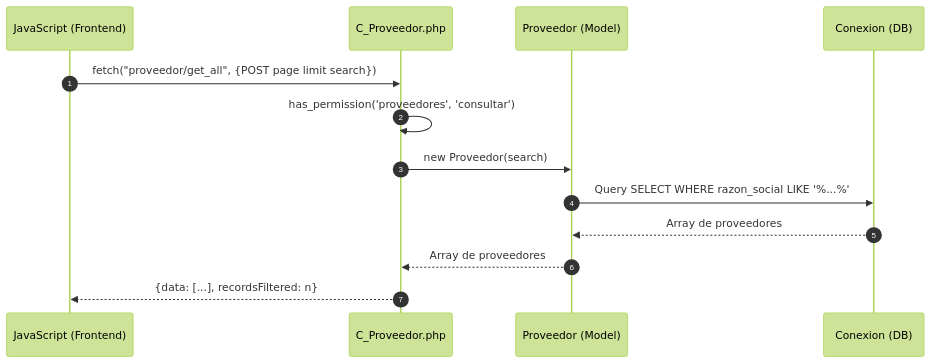
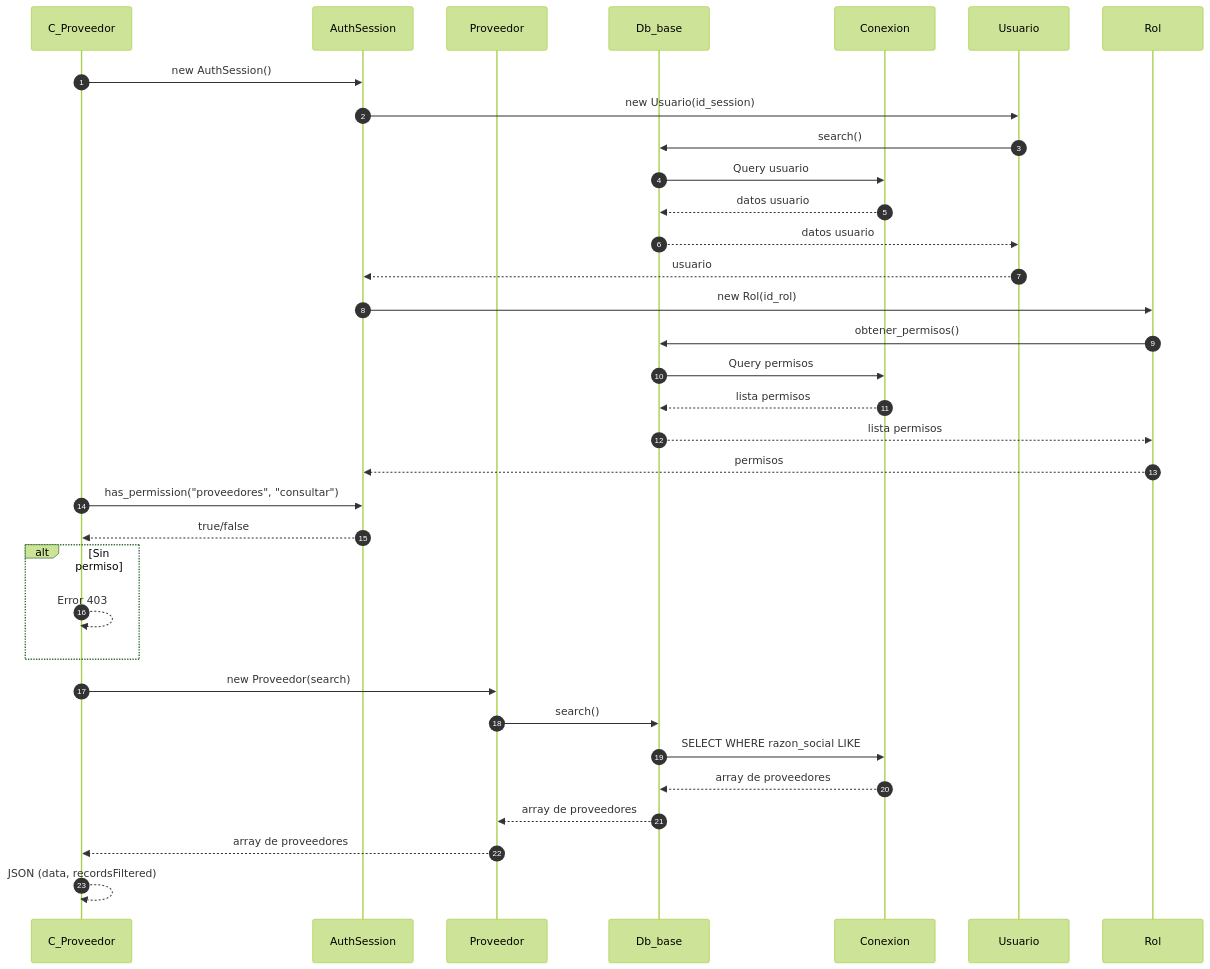
Before and after one commit to Tecrato/BurgerHouse: the second of 4 diagrams in docs/secuencia/proveedores/proveedores.md, drawn with Mermaid (forest theme). The commit also changed other lines of this file and 13 other files, not shown here.

First line of the commit message:
diagramas actualizaos

````diff
--- a/docs/secuencia/proveedores/proveedores.md
+++ b/docs/secuencia/proveedores/proveedores.md
@@ -31,19 +51,40 @@
 ```mermaid
 sequenceDiagram
     autonumber
-    participant JS as JavaScript (Frontend)
-    participant C_Proveedor as C_Proveedor.php
-    participant Proveedor as Proveedor (Model)
-    participant DB as Conexion (DB)
+    participant C_Proveedor as C_Proveedor
+    participant AuthSession as AuthSession
+    participant Proveedor as Proveedor
+    participant Db_base as Db_base
+    participant Conexion as Conexion
     
-    JS->>C_Proveedor: fetch("proveedor/get_all", {POST page limit search})
+    C_Proveedor->>AuthSession: new AuthSession()
+    AuthSession->>Usuario: new Usuario(id_session)
+    Usuario->>Db_base: search()
+    Db_base->>Conexion: Query usuario
+    Conexion-->>Db_base: datos usuario
+    Db_base-->>Usuario: datos usuario
+    Usuario-->>AuthSession: usuario
     
-    C_Proveedor->>C_Proveedor: has_permission('proveedores', 'consultar')
+    AuthSession->>Rol: new Rol(id_rol)
+    Rol->>Db_base: obtener_permisos()
+    Db_base->>Conexion: Query permisos
+    Conexion-->>Db_base: lista permisos
+    Db_base-->>Rol: lista permisos
+    Rol-->>AuthSession: permisos
+    
+    C_Proveedor->>AuthSession: has_permission("proveedores", "consultar")
+    AuthSession-->>C_Proveedor: true/false
+    
+    alt Sin permiso
+        C_Proveedor-->>C_Proveedor: Error 403
+    end
     
     C_Proveedor->>Proveedor: new Proveedor(search)
-    Proveedor->>DB: Query SELECT WHERE razon_social LIKE '%...%'
-    DB-->>Proveedor: Array de proveedores
-    Proveedor-->>C_Proveedor: Array de proveedores
+    Proveedor->>Db_base: search()
+    Db_base->>Conexion: SELECT WHERE razon_social LIKE
+    Conexion-->>Db_base: array de proveedores
+    Db_base-->>Proveedor: array de proveedores
+    Proveedor-->>C_Proveedor: array de proveedores
     
-    C_Proveedor-->>JS: {data: [...], recordsFiltered: n}
+    C_Proveedor-->>C_Proveedor: JSON (data, recordsFiltered)
 ```
````
